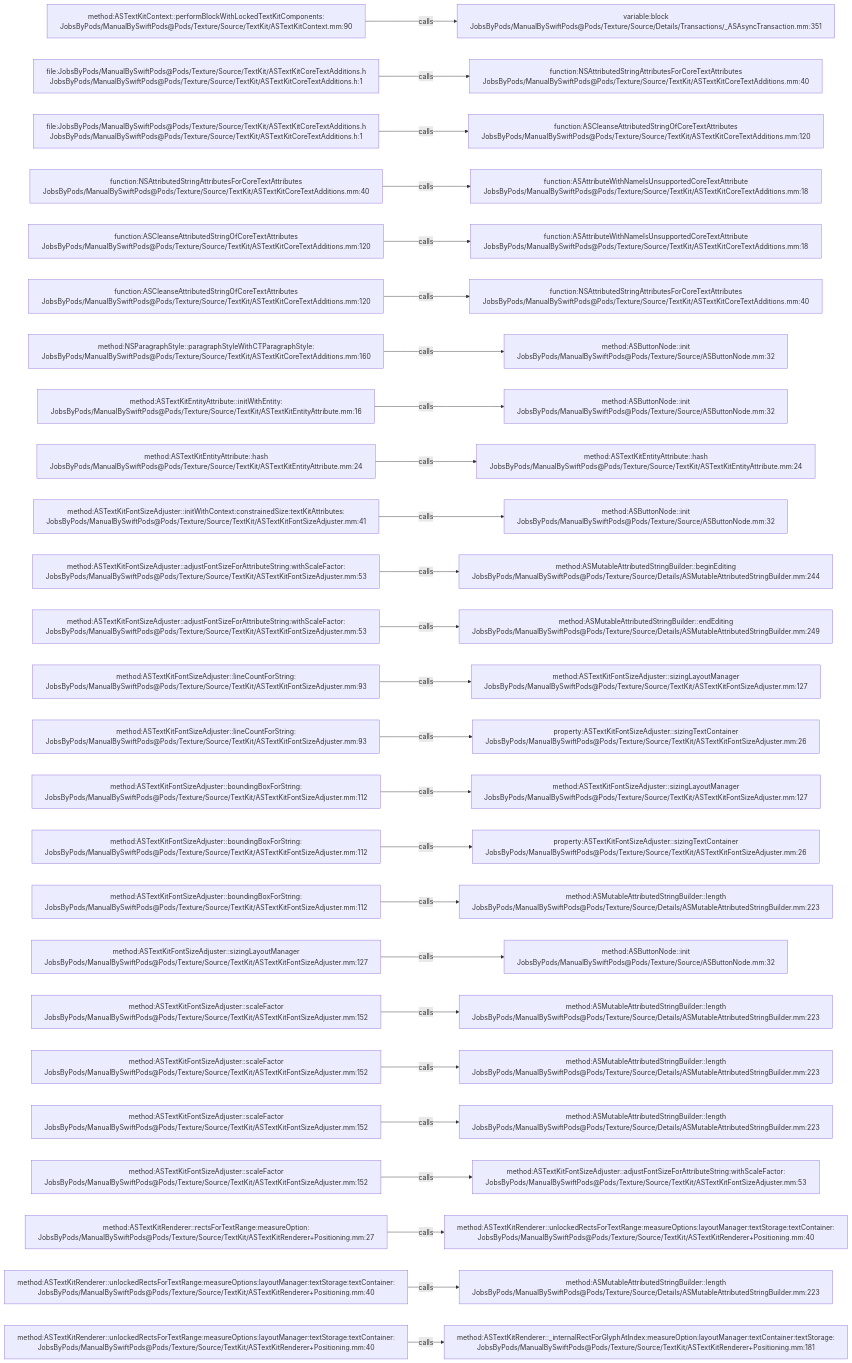
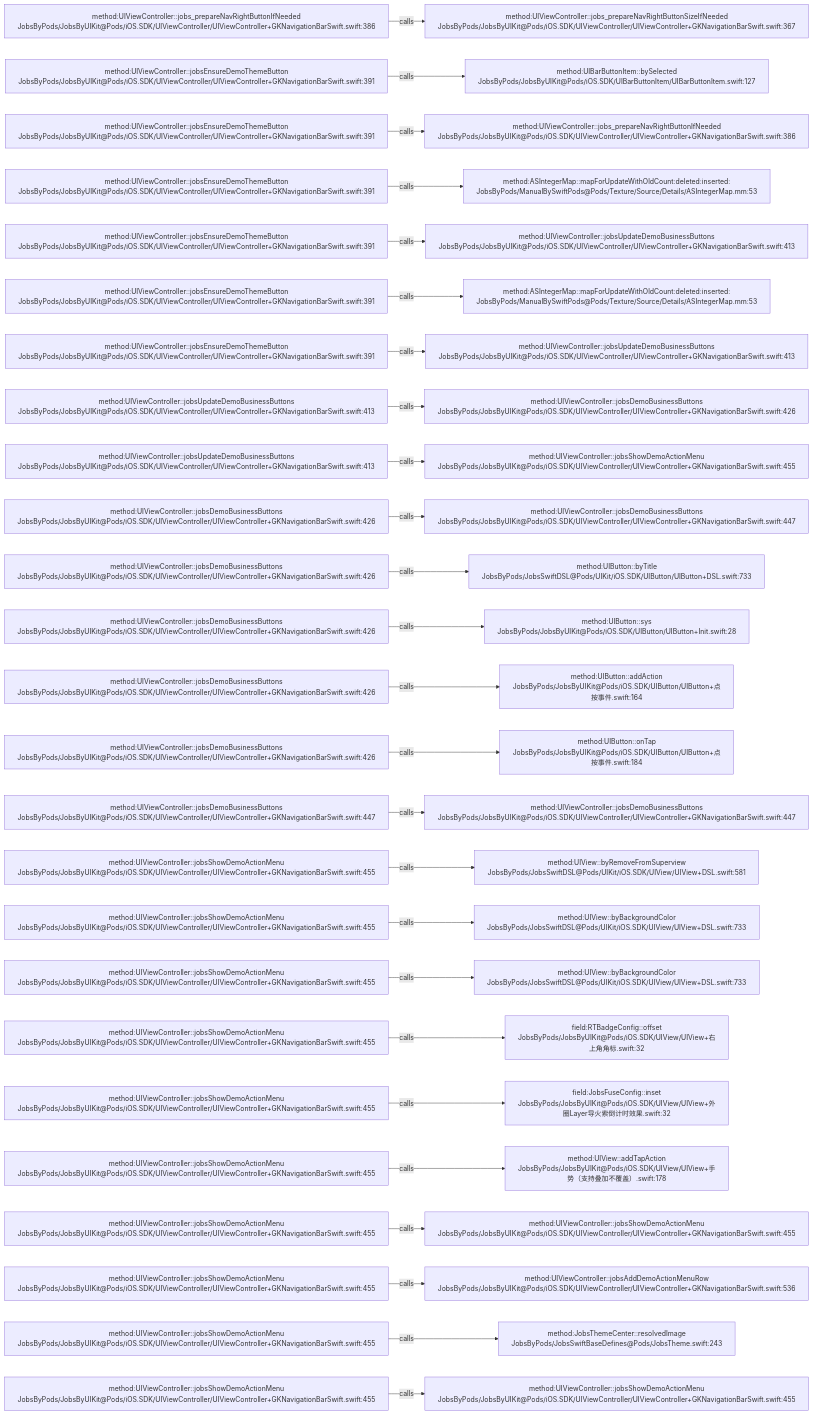
The diagram in .codegraph/codegraph.md/graphs/calls-148.md (JobsKits/JobsSwiftBaseConfigDemo), drawn with Mermaid before and after one commit. The commit also changed 224 other files, not shown here.

````diff
--- a/.codegraph/codegraph.md/graphs/calls-148.md
+++ b/.codegraph/codegraph.md/graphs/calls-148.md
@@ -13,78 +13,78 @@
 ```mermaid
 flowchart LR
-  S1["method:ASTextKitContext::performBlockWithLockedTextKitComponents:<br/>JobsByPods/ManualBySwiftPods@Pods/Texture/Source/TextKit/ASTextKitContext.mm:90"]
-  T1["variable:block<br/>JobsByPods/ManualBySwiftPods@Pods/Texture/Source/Details/Transactions/_ASAsyncTransaction.mm:351"]
+  S1["method:UIViewController::jobs_prepareNavRightButtonIfNeeded<br/>JobsByPods/JobsByUIKit@Pods/iOS.SDK/UIViewController/UIViewController+GKNavigationBarSwift.swift:386"]
+  T1["method:UIViewController::jobs_prepareNavRightButtonSizeIfNeeded<br/>JobsByPods/JobsByUIKit@Pods/iOS.SDK/UIViewController/UIViewController+GKNavigationBarSwift.swift:367"]
   S1 -->|calls| T1
-  S2["file:JobsByPods/ManualBySwiftPods@Pods/Texture/Source/TextKit/ASTextKitCoreTextAdditions.h<br/>JobsByPods/ManualBySwiftPods@Pods/Texture/Source/TextKit/ASTextKitCoreTextAdditions.h:1"]
-  T2["function:NSAttributedStringAttributesForCoreTextAttributes<br/>JobsByPods/ManualBySwiftPods@Pods/Texture/Source/TextKit/ASTextKitCoreTextAdditions.mm:40"]
+  S2["method:UIViewController::jobsEnsureDemoThemeButton<br/>JobsByPods/JobsByUIKit@Pods/iOS.SDK/UIViewController/UIViewController+GKNavigationBarSwift.swift:391"]
+  T2["method:UIBarButtonItem::bySelected<br/>JobsByPods/JobsByUIKit@Pods/iOS.SDK/UIBarButtonItem/UIBarButtonItem.swift:127"]
   S2 -->|calls| T2
-  S3["file:JobsByPods/ManualBySwiftPods@Pods/Texture/Source/TextKit/ASTextKitCoreTextAdditions.h<br/>JobsByPods/ManualBySwiftPods@Pods/Texture/Source/TextKit/ASTextKitCoreTextAdditions.h:1"]
-  T3["function:ASCleanseAttributedStringOfCoreTextAttributes<br/>JobsByPods/ManualBySwiftPods@Pods/Texture/Source/TextKit/ASTextKitCoreTextAdditions.mm:120"]
+  S3["method:UIViewController::jobsEnsureDemoThemeButton<br/>JobsByPods/JobsByUIKit@Pods/iOS.SDK/UIViewController/UIViewController+GKNavigationBarSwift.swift:391"]
+  T3["method:UIViewController::jobs_prepareNavRightButtonIfNeeded<br/>JobsByPods/JobsByUIKit@Pods/iOS.SDK/UIViewController/UIViewController+GKNavigationBarSwift.swift:386"]
   S3 -->|calls| T3
-  S4["function:NSAttributedStringAttributesForCoreTextAttributes<br/>JobsByPods/ManualBySwiftPods@Pods/Texture/Source/TextKit/ASTextKitCoreTextAdditions.mm:40"]
-  T4["function:ASAttributeWithNameIsUnsupportedCoreTextAttribute<br/>JobsByPods/ManualBySwiftPods@Pods/Texture/Source/TextKit/ASTextKitCoreTextAdditions.mm:18"]
+  S4["method:UIViewController::jobsEnsureDemoThemeButton<br/>JobsByPods/JobsByUIKit@Pods/iOS.SDK/UIViewController/UIViewController+GKNavigationBarSwift.swift:391"]
+  T4["method:ASIntegerMap::mapForUpdateWithOldCount:deleted:inserted:<br/>JobsByPods/ManualBySwiftPods@Pods/Texture/Source/Details/ASIntegerMap.mm:53"]
   S4 -->|calls| T4
-  S5["function:ASCleanseAttributedStringOfCoreTextAttributes<br/>JobsByPods/ManualBySwiftPods@Pods/Texture/Source/TextKit/ASTextKitCoreTextAdditions.mm:120"]
-  T5["function:ASAttributeWithNameIsUnsupportedCoreTextAttribute<br/>JobsByPods/ManualBySwiftPods@Pods/Texture/Source/TextKit/ASTextKitCoreTextAdditions.mm:18"]
+  S5["method:UIViewController::jobsEnsureDemoThemeButton<br/>JobsByPods/JobsByUIKit@Pods/iOS.SDK/UIViewController/UIViewController+GKNavigationBarSwift.swift:391"]
+  T5["method:UIViewController::jobsUpdateDemoBusinessButtons<br/>JobsByPods/JobsByUIKit@Pods/iOS.SDK/UIViewController/UIViewController+GKNavigationBarSwift.swift:413"]
   S5 -->|calls| T5
-  S6["function:ASCleanseAttributedStringOfCoreTextAttributes<br/>JobsByPods/ManualBySwiftPods@Pods/Texture/Source/TextKit/ASTextKitCoreTextAdditions.mm:120"]
-  T6["function:NSAttributedStringAttributesForCoreTextAttributes<br/>JobsByPods/ManualBySwiftPods@Pods/Texture/Source/TextKit/ASTextKitCoreTextAdditions.mm:40"]
+  S6["method:UIViewController::jobsEnsureDemoThemeButton<br/>JobsByPods/JobsByUIKit@Pods/iOS.SDK/UIViewController/UIViewController+GKNavigationBarSwift.swift:391"]
+  T6["method:ASIntegerMap::mapForUpdateWithOldCount:deleted:inserted:<br/>JobsByPods/ManualBySwiftPods@Pods/Texture/Source/Details/ASIntegerMap.mm:53"]
   S6 -->|calls| T6
-  S7["method:NSParagraphStyle::paragraphStyleWithCTParagraphStyle:<br/>JobsByPods/ManualBySwiftPods@Pods/Texture/Source/TextKit/ASTextKitCoreTextAdditions.mm:160"]
-  T7["method:ASButtonNode::init<br/>JobsByPods/ManualBySwiftPods@Pods/Texture/Source/ASButtonNode.mm:32"]
+  S7["method:UIViewController::jobsEnsureDemoThemeButton<br/>JobsByPods/JobsByUIKit@Pods/iOS.SDK/UIViewController/UIViewController+GKNavigationBarSwift.swift:391"]
+  T7["method:UIViewController::jobsUpdateDemoBusinessButtons<br/>JobsByPods/JobsByUIKit@Pods/iOS.SDK/UIViewController/UIViewController+GKNavigationBarSwift.swift:413"]
   S7 -->|calls| T7
-  S8["method:ASTextKitEntityAttribute::initWithEntity:<br/>JobsByPods/ManualBySwiftPods@Pods/Texture/Source/TextKit/ASTextKitEntityAttribute.mm:16"]
-  T8["method:ASButtonNode::init<br/>JobsByPods/ManualBySwiftPods@Pods/Texture/Source/ASButtonNode.mm:32"]
+  S8["method:UIViewController::jobsUpdateDemoBusinessButtons<br/>JobsByPods/JobsByUIKit@Pods/iOS.SDK/UIViewController/UIViewController+GKNavigationBarSwift.swift:413"]
+  T8["method:UIViewController::jobsDemoBusinessButtons<br/>JobsByPods/JobsByUIKit@Pods/iOS.SDK/UIViewController/UIViewController+GKNavigationBarSwift.swift:426"]
   S8 -->|calls| T8
-  S9["method:ASTextKitEntityAttribute::hash<br/>JobsByPods/ManualBySwiftPods@Pods/Texture/Source/TextKit/ASTextKitEntityAttribute.mm:24"]
-  T9["method:ASTextKitEntityAttribute::hash<br/>JobsByPods/ManualBySwiftPods@Pods/Texture/Source/TextKit/ASTextKitEntityAttribute.mm:24"]
+  S9["method:UIViewController::jobsUpdateDemoBusinessButtons<br/>JobsByPods/JobsByUIKit@Pods/iOS.SDK/UIViewController/UIViewController+GKNavigationBarSwift.swift:413"]
+  T9["method:UIViewController::jobsShowDemoActionMenu<br/>JobsByPods/JobsByUIKit@Pods/iOS.SDK/UIViewController/UIViewController+GKNavigationBarSwift.swift:455"]
   S9 -->|calls| T9
-  S10["method:ASTextKitFontSizeAdjuster::initWithContext:constrainedSize:textKitAttributes:<br/>JobsByPods/ManualBySwiftPods@Pods/Texture/Source/TextKit/ASTextKitFontSizeAdjuster.mm:41"]
-  T10["method:ASButtonNode::init<br/>JobsByPods/ManualBySwiftPods@Pods/Texture/Source/ASButtonNode.mm:32"]
+  S10["method:UIViewController::jobsDemoBusinessButtons<br/>JobsByPods/JobsByUIKit@Pods/iOS.SDK/UIViewController/UIViewController+GKNavigationBarSwift.swift:426"]
+  T10["method:UIViewController::jobsDemoBusinessButtons<br/>JobsByPods/JobsByUIKit@Pods/iOS.SDK/UIViewController/UIViewController+GKNavigationBarSwift.swift:447"]
   S10 -->|calls| T10
-  S11["method:ASTextKitFontSizeAdjuster::adjustFontSizeForAttributeString:withScaleFactor:<br/>JobsByPods/ManualBySwiftPods@Pods/Texture/Source/TextKit/ASTextKitFontSizeAdjuster.mm:53"]
-  T11["method:ASMutableAttributedStringBuilder::beginEditing<br/>JobsByPods/ManualBySwiftPods@Pods/Texture/Source/Details/ASMutableAttributedStringBuilder.mm:244"]
+  S11["method:UIViewController::jobsDemoBusinessButtons<br/>JobsByPods/JobsByUIKit@Pods/iOS.SDK/UIViewController/UIViewController+GKNavigationBarSwift.swift:426"]
+  T11["method:UIButton::byTitle<br/>JobsByPods/JobsSwiftDSL@Pods/UIKit/iOS.SDK/UIButton/UIButton+DSL.swift:733"]
   S11 -->|calls| T11
-  S12["method:ASTextKitFontSizeAdjuster::adjustFontSizeForAttributeString:withScaleFactor:<br/>JobsByPods/ManualBySwiftPods@Pods/Texture/Source/TextKit/ASTextKitFontSizeAdjuster.mm:53"]
-  T12["method:ASMutableAttributedStringBuilder::endEditing<br/>JobsByPods/ManualBySwiftPods@Pods/Texture/Source/Details/ASMutableAttributedStringBuilder.mm:249"]
+  S12["method:UIViewController::jobsDemoBusinessButtons<br/>JobsByPods/JobsByUIKit@Pods/iOS.SDK/UIViewController/UIViewController+GKNavigationBarSwift.swift:426"]
+  T12["method:UIButton::sys<br/>JobsByPods/JobsByUIKit@Pods/iOS.SDK/UIButton/UIButton+Init.swift:28"]
   S12 -->|calls| T12
-  S13["method:ASTextKitFontSizeAdjuster::lineCountForString:<br/>JobsByPods/ManualBySwiftPods@Pods/Texture/Source/TextKit/ASTextKitFontSizeAdjuster.mm:93"]
-  T13["method:ASTextKitFontSizeAdjuster::sizingLayoutManager<br/>JobsByPods/ManualBySwiftPods@Pods/Texture/Source/TextKit/ASTextKitFontSizeAdjuster.mm:127"]
+  S13["method:UIViewController::jobsDemoBusinessButtons<br/>JobsByPods/JobsByUIKit@Pods/iOS.SDK/UIViewController/UIViewController+GKNavigationBarSwift.swift:426"]
+  T13["method:UIButton::addAction<br/>JobsByPods/JobsByUIKit@Pods/iOS.SDK/UIButton/UIButton+点按事件.swift:164"]
   S13 -->|calls| T13
-  S14["method:ASTextKitFontSizeAdjuster::lineCountForString:<br/>JobsByPods/ManualBySwiftPods@Pods/Texture/Source/TextKit/ASTextKitFontSizeAdjuster.mm:93"]
-  T14["property:ASTextKitFontSizeAdjuster::sizingTextContainer<br/>JobsByPods/ManualBySwiftPods@Pods/Texture/Source/TextKit/ASTextKitFontSizeAdjuster.mm:26"]
+  S14["method:UIViewController::jobsDemoBusinessButtons<br/>JobsByPods/JobsByUIKit@Pods/iOS.SDK/UIViewController/UIViewController+GKNavigationBarSwift.swift:426"]
+  T14["method:UIButton::onTap<br/>JobsByPods/JobsByUIKit@Pods/iOS.SDK/UIButton/UIButton+点按事件.swift:184"]
   S14 -->|calls| T14
-  S15["method:ASTextKitFontSizeAdjuster::boundingBoxForString:<br/>JobsByPods/ManualBySwiftPods@Pods/Texture/Source/TextKit/ASTextKitFontSizeAdjuster.mm:112"]
-  T15["method:ASTextKitFontSizeAdjuster::sizingLayoutManager<br/>JobsByPods/ManualBySwiftPods@Pods/Texture/Source/TextKit/ASTextKitFontSizeAdjuster.mm:127"]
+  S15["method:UIViewController::jobsDemoBusinessButtons<br/>JobsByPods/JobsByUIKit@Pods/iOS.SDK/UIViewController/UIViewController+GKNavigationBarSwift.swift:447"]
+  T15["method:UIViewController::jobsDemoBusinessButtons<br/>JobsByPods/JobsByUIKit@Pods/iOS.SDK/UIViewController/UIViewController+GKNavigationBarSwift.swift:447"]
   S15 -->|calls| T15
-  S16["method:ASTextKitFontSizeAdjuster::boundingBoxForString:<br/>JobsByPods/ManualBySwiftPods@Pods/Texture/Source/TextKit/ASTextKitFontSizeAdjuster.mm:112"]
-  T16["property:ASTextKitFontSizeAdjuster::sizingTextContainer<br/>JobsByPods/ManualBySwiftPods@Pods/Texture/Source/TextKit/ASTextKitFontSizeAdjuster.mm:26"]
+  S16["method:UIViewController::jobsShowDemoActionMenu<br/>JobsByPods/JobsByUIKit@Pods/iOS.SDK/UIViewController/UIViewController+GKNavigationBarSwift.swift:455"]
+  T16["method:UIView::byRemoveFromSuperview<br/>JobsByPods/JobsSwiftDSL@Pods/UIKit/iOS.SDK/UIView/UIView+DSL.swift:581"]
   S16 -->|calls| T16
-  S17["method:ASTextKitFontSizeAdjuster::boundingBoxForString:<br/>JobsByPods/ManualBySwiftPods@Pods/Texture/Source/TextKit/ASTextKitFontSizeAdjuster.mm:112"]
-  T17["method:ASMutableAttributedStringBuilder::length<br/>JobsByPods/ManualBySwiftPods@Pods/Texture/Source/Details/ASMutableAttributedStringBuilder.mm:223"]
+  S17["method:UIViewController::jobsShowDemoActionMenu<br/>JobsByPods/JobsByUIKit@Pods/iOS.SDK/UIViewController/UIViewController+GKNavigationBarSwift.swift:455"]
+  T17["method:UIView::byBackgroundColor<br/>JobsByPods/JobsSwiftDSL@Pods/UIKit/iOS.SDK/UIView/UIView+DSL.swift:733"]
   S17 -->|calls| T17
-  S18["method:ASTextKitFontSizeAdjuster::sizingLayoutManager<br/>JobsByPods/ManualBySwiftPods@Pods/Texture/Source/TextKit/ASTextKitFontSizeAdjuster.mm:127"]
-  T18["method:ASButtonNode::init<br/>JobsByPods/ManualBySwiftPods@Pods/Texture/Source/ASButtonNode.mm:32"]
+  S18["method:UIViewController::jobsShowDemoActionMenu<br/>JobsByPods/JobsByUIKit@Pods/iOS.SDK/UIViewController/UIViewController+GKNavigationBarSwift.swift:455"]
+  T18["method:UIView::byBackgroundColor<br/>JobsByPods/JobsSwiftDSL@Pods/UIKit/iOS.SDK/UIView/UIView+DSL.swift:733"]
   S18 -->|calls| T18
-  S19["method:ASTextKitFontSizeAdjuster::scaleFactor<br/>JobsByPods/ManualBySwiftPods@Pods/Texture/Source/TextKit/ASTextKitFontSizeAdjuster.mm:152"]
-  T19["method:ASMutableAttributedStringBuilder::length<br/>JobsByPods/ManualBySwiftPods@Pods/Texture/Source/Details/ASMutableAttributedStringBuilder.mm:223"]
+  S19["method:UIViewController::jobsShowDemoActionMenu<br/>JobsByPods/JobsByUIKit@Pods/iOS.SDK/UIViewController/UIViewController+GKNavigationBarSwift.swift:455"]
+  T19["field:RTBadgeConfig::offset<br/>JobsByPods/JobsByUIKit@Pods/iOS.SDK/UIView/UIView+右上角角标.swift:32"]
   S19 -->|calls| T19
-  S20["method:ASTextKitFontSizeAdjuster::scaleFactor<br/>JobsByPods/ManualBySwiftPods@Pods/Texture/Source/TextKit/ASTextKitFontSizeAdjuster.mm:152"]
-  T20["method:ASMutableAttributedStringBuilder::length<br/>JobsByPods/ManualBySwiftPods@Pods/Texture/Source/Details/ASMutableAttributedStringBuilder.mm:223"]
+  S20["method:UIViewController::jobsShowDemoActionMenu<br/>JobsByPods/JobsByUIKit@Pods/iOS.SDK/UIViewController/UIViewController+GKNavigationBarSwift.swift:455"]
+  T20["field:JobsFuseConfig::inset<br/>JobsByPods/JobsByUIKit@Pods/iOS.SDK/UIView/UIView+外圈Layer导火索倒计时效果.swift:32"]
   S20 -->|calls| T20
-  S21["method:ASTextKitFontSizeAdjuster::scaleFactor<br/>JobsByPods/ManualBySwiftPods@Pods/Texture/Source/TextKit/ASTextKitFontSizeAdjuster.mm:152"]
-  T21["method:ASMutableAttributedStringBuilder::length<br/>JobsByPods/ManualBySwiftPods@Pods/Texture/Source/Details/ASMutableAttributedStringBuilder.mm:223"]
+  S21["method:UIViewController::jobsShowDemoActionMenu<br/>JobsByPods/JobsByUIKit@Pods/iOS.SDK/UIViewController/UIViewController+GKNavigationBarSwift.swift:455"]
+  T21["method:UIView::addTapAction<br/>JobsByPods/JobsByUIKit@Pods/iOS.SDK/UIView/UIView+手势（支持叠加不覆盖）.swift:178"]
   S21 -->|calls| T21
-  S22["method:ASTextKitFontSizeAdjuster::scaleFactor<br/>JobsByPods/ManualBySwiftPods@Pods/Texture/Source/TextKit/ASTextKitFontSizeAdjuster.mm:152"]
-  T22["method:ASTextKitFontSizeAdjuster::adjustFontSizeForAttributeString:withScaleFactor:<br/>JobsByPods/ManualBySwiftPods@Pods/Texture/Source/TextKit/ASTextKitFontSizeAdjuster.mm:53"]
+  S22["method:UIViewController::jobsShowDemoActionMenu<br/>JobsByPods/JobsByUIKit@Pods/iOS.SDK/UIViewController/UIViewController+GKNavigationBarSwift.swift:455"]
+  T22["method:UIViewController::jobsShowDemoActionMenu<br/>JobsByPods/JobsByUIKit@Pods/iOS.SDK/UIViewController/UIViewController+GKNavigationBarSwift.swift:455"]
   S22 -->|calls| T22
-  S23["method:ASTextKitRenderer::rectsForTextRange:measureOption:<br/>JobsByPods/ManualBySwiftPods@Pods/Texture/Source/TextKit/ASTextKitRenderer+Positioning.mm:27"]
-  T23["method:ASTextKitRenderer::unlockedRectsForTextRange:measureOptions:layoutManager:textStorage:textContainer:<br/>JobsByPods/ManualBySwiftPods@Pods/Texture/Source/TextKit/ASTextKitRenderer+Positioning.mm:40"]
+  S23["method:UIViewController::jobsShowDemoActionMenu<br/>JobsByPods/JobsByUIKit@Pods/iOS.SDK/UIViewController/UIViewController+GKNavigationBarSwift.swift:455"]
+  T23["method:UIViewController::jobsAddDemoActionMenuRow<br/>JobsByPods/JobsByUIKit@Pods/iOS.SDK/UIViewController/UIViewController+GKNavigationBarSwift.swift:536"]
   S23 -->|calls| T23
-  S24["method:ASTextKitRenderer::unlockedRectsForTextRange:measureOptions:layoutManager:textStorage:textContainer:<br/>JobsByPods/ManualBySwiftPods@Pods/Texture/Source/TextKit/ASTextKitRenderer+Positioning.mm:40"]
-  T24["method:ASMutableAttributedStringBuilder::length<br/>JobsByPods/ManualBySwiftPods@Pods/Texture/Source/Details/ASMutableAttributedStringBuilder.mm:223"]
+  S24["method:UIViewController::jobsShowDemoActionMenu<br/>JobsByPods/JobsByUIKit@Pods/iOS.SDK/UIViewController/UIViewController+GKNavigationBarSwift.swift:455"]
+  T24["method:JobsThemeCenter::resolvedImage<br/>JobsByPods/JobsSwiftBaseDefines@Pods/JobsTheme.swift:243"]
   S24 -->|calls| T24
-  S25["method:ASTextKitRenderer::unlockedRectsForTextRange:measureOptions:layoutManager:textStorage:textContainer:<br/>JobsByPods/ManualBySwiftPods@Pods/Texture/Source/TextKit/ASTextKitRenderer+Positioning.mm:40"]
-  T25["method:ASTextKitRenderer::_internalRectForGlyphAtIndex:measureOption:layoutManager:textContainer:textStorage:<br/>JobsByPods/ManualBySwiftPods@Pods/Texture/Source/TextKit/ASTextKitRenderer+Positioning.mm:181"]
+  S25["method:UIViewController::jobsShowDemoActionMenu<br/>JobsByPods/JobsByUIKit@Pods/iOS.SDK/UIViewController/UIViewController+GKNavigationBarSwift.swift:455"]
+  T25["method:UIViewController::jobsShowDemoActionMenu<br/>JobsByPods/JobsByUIKit@Pods/iOS.SDK/UIViewController/UIViewController+GKNavigationBarSwift.swift:455"]
   S25 -->|calls| T25
 ```
````
